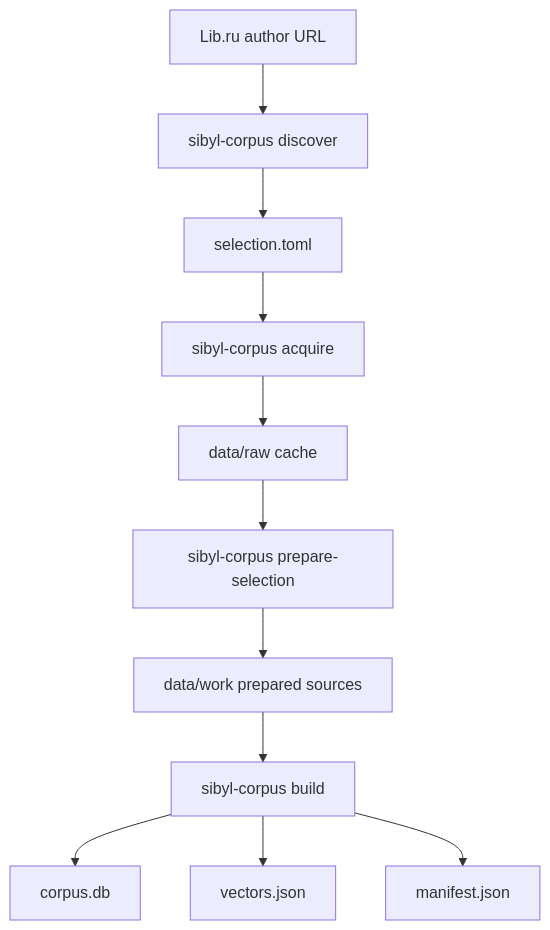
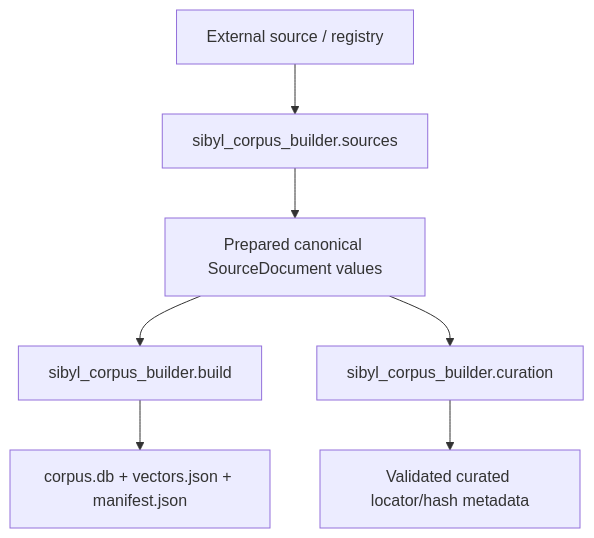
One commit to folk21/sibyl changed the first of 2 diagrams in docs/IMPLEMENTATION.md. Above: the diagram before and after it, drawn with Mermaid. The commit also changed other lines of this file and 26 other files, not shown here.

````diff
--- a/docs/IMPLEMENTATION.md
+++ b/docs/IMPLEMENTATION.md
@@ -33,13 +26,9 @@
 ```mermaid
 flowchart TD
-    U[Lib.ru author URL] --> D[sibyl-corpus discover]
-    D --> S[selection.toml]
-    S --> A[sibyl-corpus acquire]
-    A --> C[data/raw cache]
-    C --> P[sibyl-corpus prepare-selection]
-    P --> W[data/work prepared sources]
-    W --> B[sibyl-corpus build]
-    B --> DB[corpus.db]
-    B --> V[vectors.json]
-    B --> M[manifest.json]
+    U[External source / registry] --> S[sibyl_corpus_builder.sources]
+    S --> P[Prepared canonical SourceDocument values]
+    P --> B[sibyl_corpus_builder.build]
+    P --> C[sibyl_corpus_builder.curation]
+    B --> R[corpus.db + vectors.json + manifest.json]
+    C --> M[Validated curated locator/hash metadata]
 ```
````
